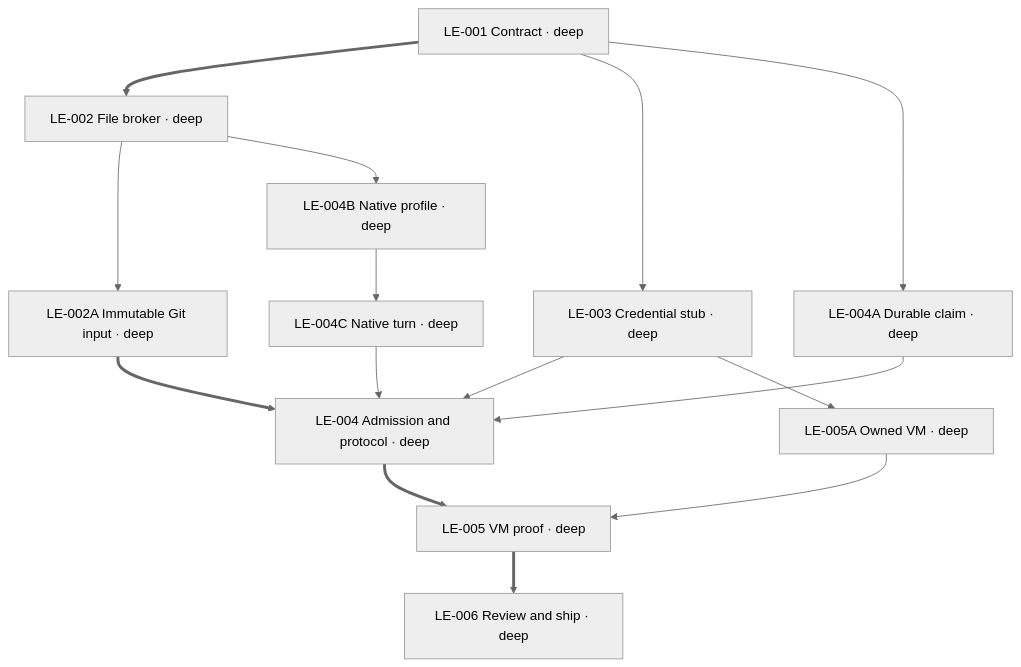
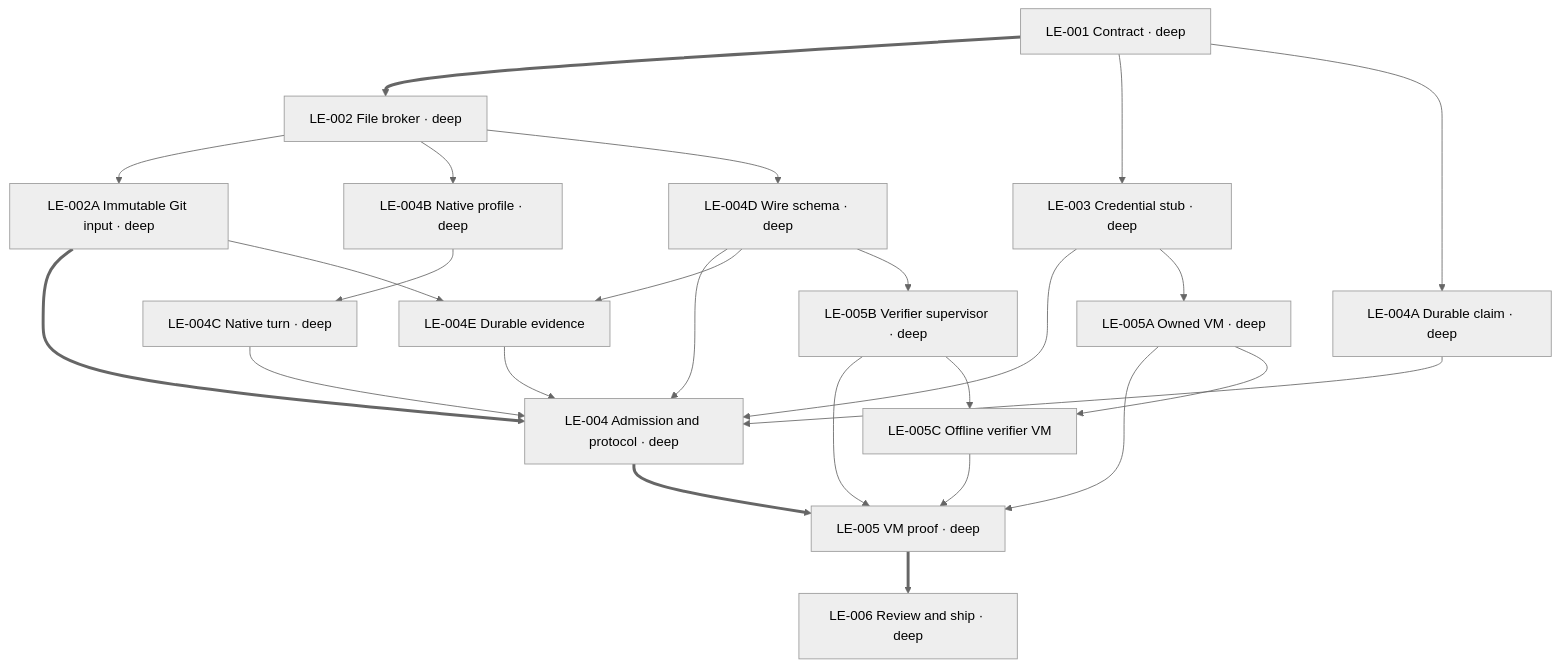
Before and after one commit to vu1n/pillbox: the diagram in docs/local-repository-execution-PLAN.md, drawn with Mermaid (neutral theme). The commit also changed other lines of this file and 1 other file, not shown here.

Commit message:
Define repository result evidence and verifier contracts

````diff
--- a/docs/local-repository-execution-PLAN.md
+++ b/docs/local-repository-execution-PLAN.md
@@ -262,17 +353,27 @@
 ```mermaid
 flowchart TD
   LE_001["LE-001 Contract · deep"] ==> LE_002["LE-002 File broker · deep"]
   LE_001 --> LE_003["LE-003 Credential stub · deep"]
   LE_002 --> LE_002A["LE-002A Immutable Git input · deep"]
   LE_001 --> LE_004A["LE-004A Durable claim · deep"]
   LE_002 --> LE_004B["LE-004B Native profile · deep"]
   LE_002A ==> LE_004["LE-004 Admission and protocol · deep"]
   LE_003 --> LE_004
   LE_004A --> LE_004
   LE_004B --> LE_004C["LE-004C Native turn · deep"]
   LE_004C --> LE_004
+  LE_002 --> LE_004D["LE-004D Wire schema · deep"]
+  LE_004D --> LE_004
+  LE_004D --> LE_004E["LE-004E Durable evidence"]
+  LE_002A --> LE_004E
+  LE_004E --> LE_004
   LE_004 ==> LE_005["LE-005 VM proof · deep"]
   LE_003 --> LE_005A["LE-005A Owned VM · deep"]
   LE_005A --> LE_005
+  LE_004D --> LE_005B["LE-005B Verifier supervisor · deep"]
+  LE_005B --> LE_005
+  LE_005B --> LE_005C["LE-005C Offline verifier VM"]
+  LE_005A --> LE_005C
+  LE_005C --> LE_005
   LE_005 ==> LE_006["LE-006 Review and ship · deep"]
 ```
````
